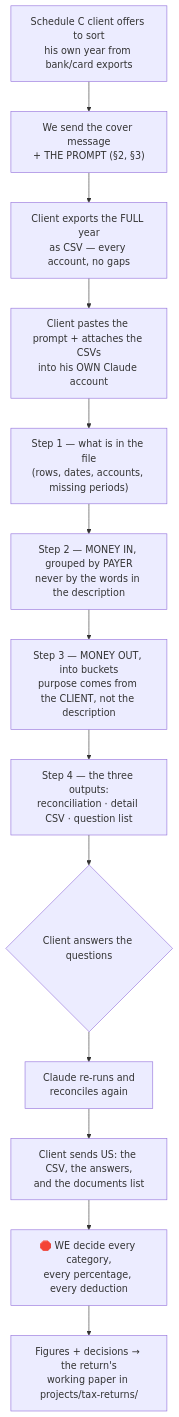
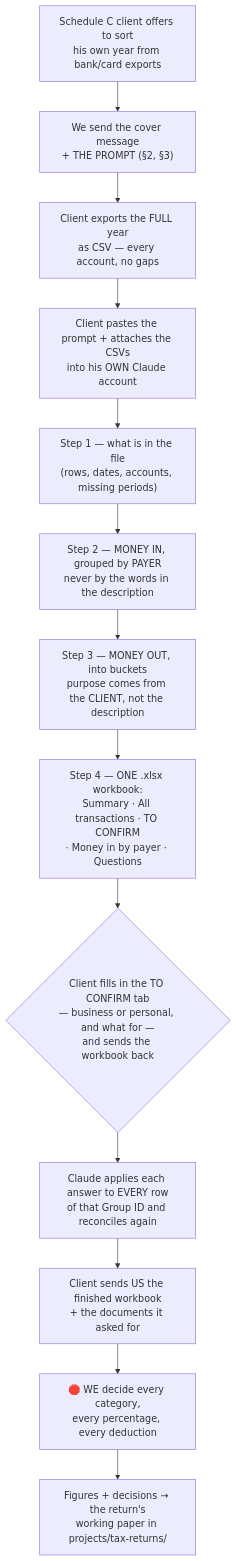
Before and after one commit to JuliaJKAcct/JKAccountingGroup: the diagram in projects/sops/schedule-c-client-csv-triage.md, drawn with Mermaid. The commit also changed other lines of this file and 2 other files, not shown here.

First line of the commit message:
The client fills in a tab, not a question list

````diff
--- a/projects/sops/schedule-c-client-csv-triage.md
+++ b/projects/sops/schedule-c-client-csv-triage.md
@@ -25,15 +25,15 @@
 ```mermaid
 flowchart TD
   A["Schedule C client offers to sort<br/>his own year from bank/card exports"] --> B["We send the cover message<br/>+ THE PROMPT (§2, §3)"]
   B --> C["Client exports the FULL year<br/>as CSV — every account, no gaps"]
   C --> D["Client pastes the prompt + attaches the CSVs<br/>into his OWN Claude account"]
   D --> E["Step 1 — what is in the file<br/>(rows, dates, accounts, missing periods)"]
   E --> F["Step 2 — MONEY IN, grouped by PAYER<br/>never by the words in the description"]
   F --> G["Step 3 — MONEY OUT, into buckets<br/>purpose comes from the CLIENT, not the description"]
-  G --> H["Step 4 — the three outputs:<br/>reconciliation · detail CSV · question list"]
-  H --> I{"Client answers the questions"}
-  I --> J["Claude re-runs and<br/>reconciles again"]
-  J --> K["Client sends US: the CSV, the answers,<br/>and the documents list"]
+  G --> H["Step 4 — ONE .xlsx workbook:<br/>Summary · All transactions · TO CONFIRM<br/>· Money in by payer · Questions"]
+  H --> I{"Client fills in the TO CONFIRM tab<br/>— business or personal, and what for —<br/>and sends the workbook back"}
+  I --> J["Claude applies each answer to EVERY row<br/>of that Group ID and reconciles again"]
+  J --> K["Client sends US the finished workbook<br/>+ the documents it asked for"]
   K --> L["🛑 WE decide every category,<br/>every percentage, every deduction"]
   L --> M["Figures + decisions → the return's<br/>working paper in projects/tax-returns/"]
 ```
````
